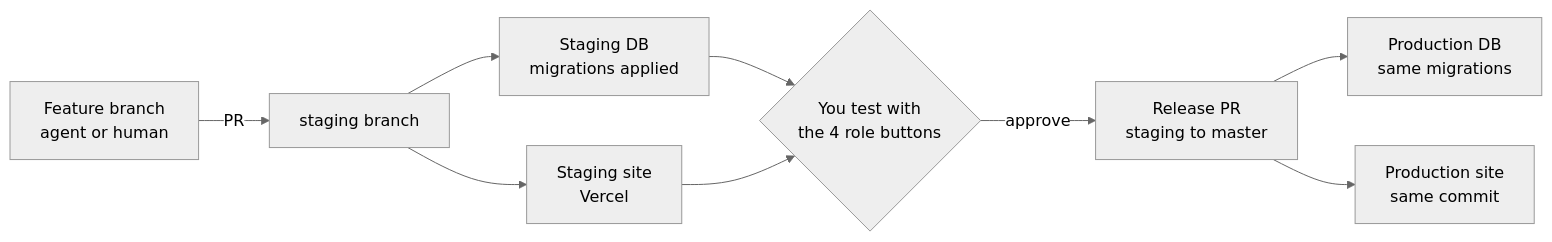
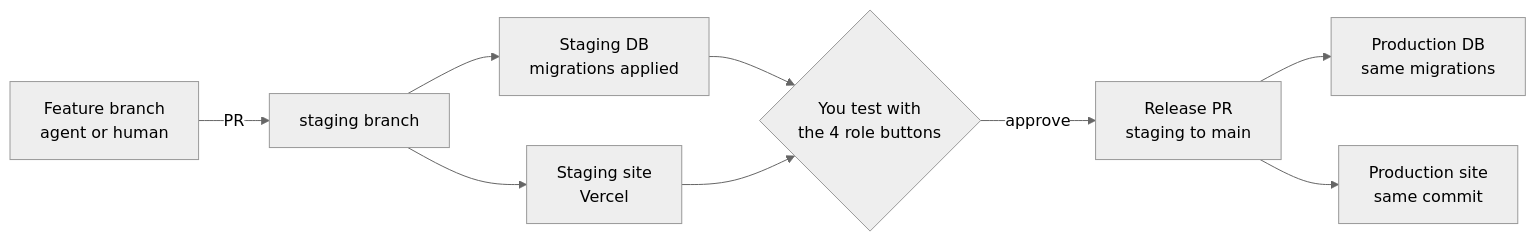
One commit to CharmZoned/Maintenance-App-Portal changed the diagram in docs/staging/DESIGN_PLAN.md. Above: the diagram before and after it, drawn with Mermaid (neutral theme). The commit also changed other lines of this file and 13 other files, not shown here.

First line of the commit message:
Rename production branch references from master to main (#84)

````diff
--- a/docs/staging/DESIGN_PLAN.md
+++ b/docs/staging/DESIGN_PLAN.md
@@ -55,11 +55,11 @@
 ```mermaid
 flowchart LR
   A[Feature branch<br/>agent or human] -->|PR| B[staging branch]
   B --> C[Staging DB<br/>migrations applied]
   B --> D[Staging site<br/>Vercel]
   C --> E{You test with<br/>the 4 role buttons}
   D --> E
-  E -->|approve| F[Release PR<br/>staging to master]
+  E -->|approve| F[Release PR<br/>staging to main]
   F --> G[Production DB<br/>same migrations]
   F --> H[Production site<br/>same commit]
 ```
````
